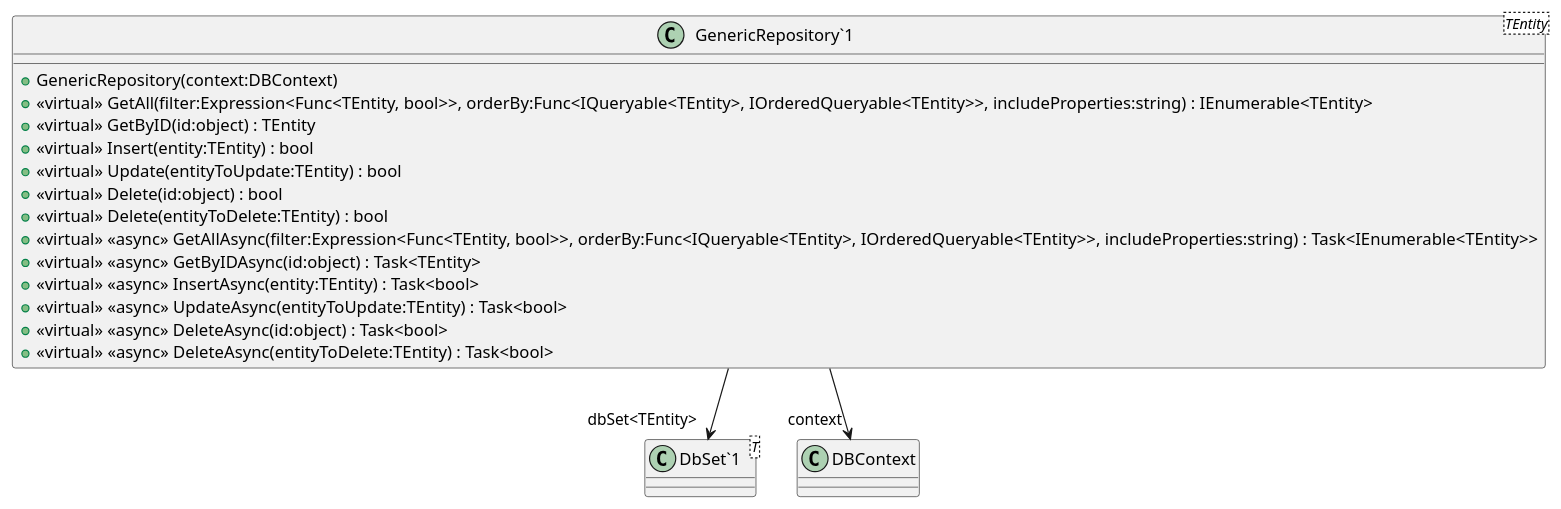
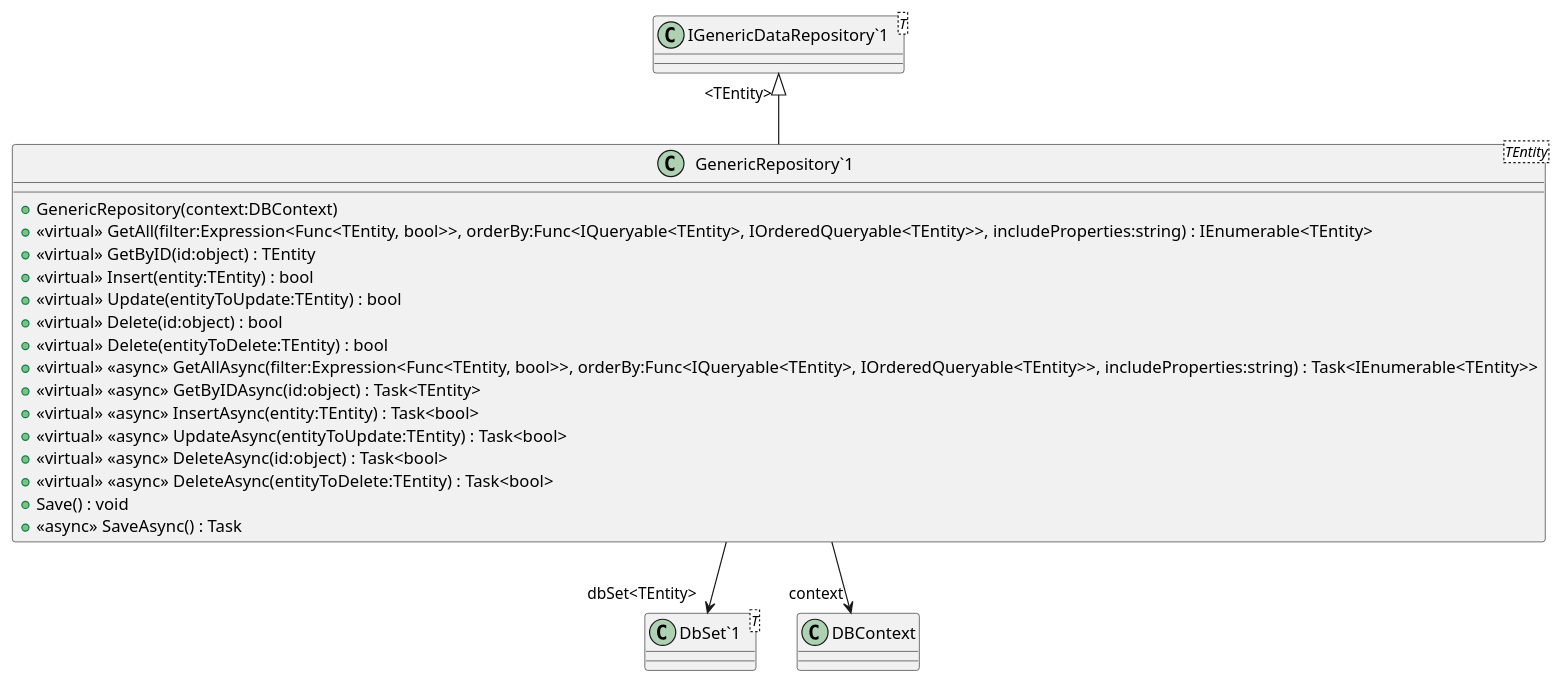
The diagram in YouthActionDotNet/UML/DAL/GenericRepository.puml (timothxy/ICT2106_P3_Project), drawn with PlantUML before and after one commit. The commit also changed 22 other files, not shown here.

```diff
--- a/YouthActionDotNet/UML/DAL/GenericRepository.puml
+++ b/YouthActionDotNet/UML/DAL/GenericRepository.puml
@@ -1,21 +1,26 @@
 @startuml
 class "GenericRepository`1"<TEntity> {
     + GenericRepository(context:DBContext)
     + <<virtual>> GetAll(filter:Expression<Func<TEntity, bool>>, orderBy:Func<IQueryable<TEntity>, IOrderedQueryable<TEntity>>, includeProperties:string) : IEnumerable<TEntity>
     + <<virtual>> GetByID(id:object) : TEntity
     + <<virtual>> Insert(entity:TEntity) : bool
     + <<virtual>> Update(entityToUpdate:TEntity) : bool
     + <<virtual>> Delete(id:object) : bool
     + <<virtual>> Delete(entityToDelete:TEntity) : bool
     + <<virtual>> <<async>> GetAllAsync(filter:Expression<Func<TEntity, bool>>, orderBy:Func<IQueryable<TEntity>, IOrderedQueryable<TEntity>>, includeProperties:string) : Task<IEnumerable<TEntity>>
     + <<virtual>> <<async>> GetByIDAsync(id:object) : Task<TEntity>
     + <<virtual>> <<async>> InsertAsync(entity:TEntity) : Task<bool>
     + <<virtual>> <<async>> UpdateAsync(entityToUpdate:TEntity) : Task<bool>
     + <<virtual>> <<async>> DeleteAsync(id:object) : Task<bool>
     + <<virtual>> <<async>> DeleteAsync(entityToDelete:TEntity) : Task<bool>
+    + Save() : void
+    + <<async>> SaveAsync() : Task
+}
+class "IGenericDataRepository`1"<T> {
 }
 class "DbSet`1"<T> {
 }
+"IGenericDataRepository`1" "<TEntity>" <|-- "GenericRepository`1"
 "GenericRepository`1" --> "context" DBContext
 "GenericRepository`1" --> "dbSet<TEntity>" "DbSet`1"
 @enduml
```
